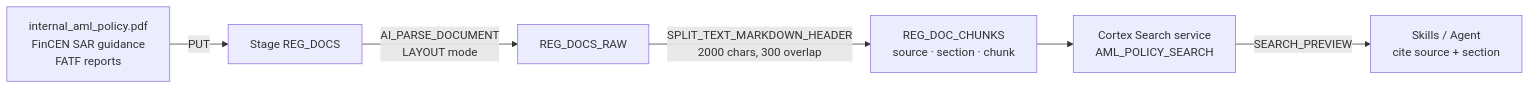
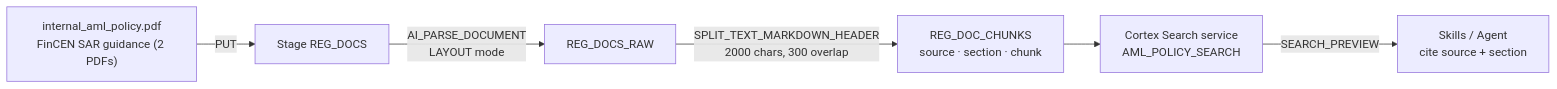
The fourth of 7 diagrams in README.md (Pranav-error/risk-copilot), drawn with Mermaid before and after one commit. The commit also changed other lines of this file and 1 other file, not shown here.

````diff
--- a/README.md
+++ b/README.md
@@ -204,8 +240,8 @@
 ```mermaid
 flowchart LR
-    P["internal_aml_policy.pdf<br/>FinCEN SAR guidance<br/>FATF reports"] -->|"PUT"| S["Stage REG_DOCS"]
+    P["internal_aml_policy.pdf<br/>FinCEN SAR guidance (2 PDFs)"] -->|"PUT"| S["Stage REG_DOCS"]
     S -->|"AI_PARSE_DOCUMENT<br/>LAYOUT mode"| RT["REG_DOCS_RAW"]
     RT -->|"SPLIT_TEXT_MARKDOWN_HEADER<br/>2000 chars, 300 overlap"| CH["REG_DOC_CHUNKS<br/>source · section · chunk"]
     CH --> CS["Cortex Search service<br/>AML_POLICY_SEARCH"]
     CS -->|"SEARCH_PREVIEW"| Q["Skills / Agent<br/>cite source + section"]
 ```
````
